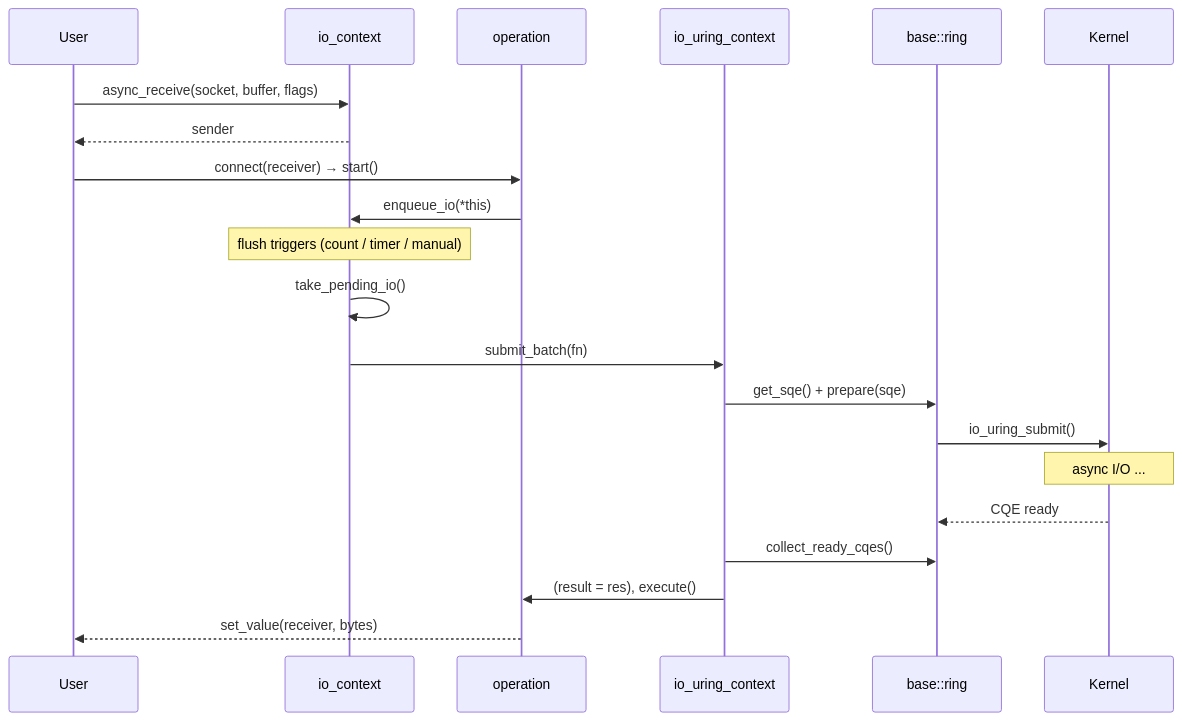
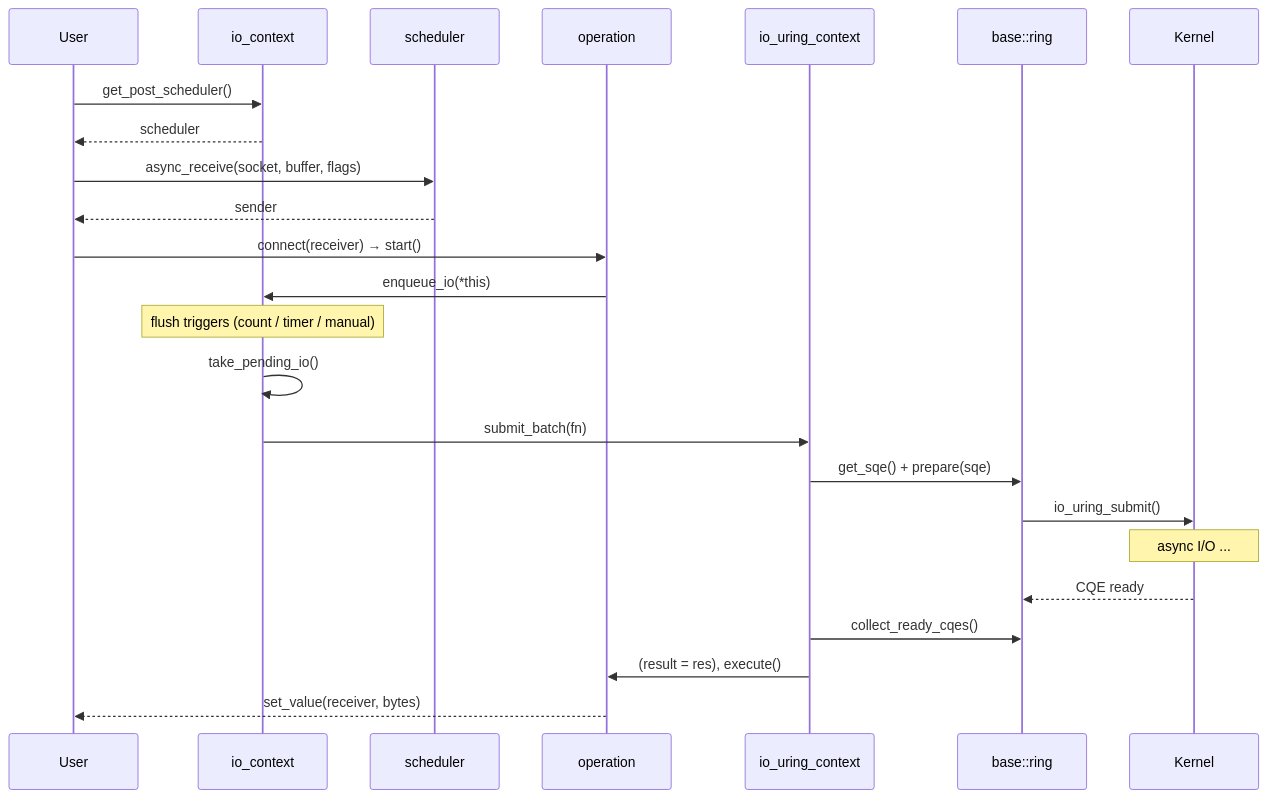
One commit to haomingbai/bnio changed the fourth of 4 diagrams in docs/design/architecture.md. Above: the diagram before and after it, drawn with Mermaid. The commit also changed other lines of this file and 25 other files, not shown here.

````diff
--- a/docs/design/architecture.md
+++ b/docs/design/architecture.md
@@ -325,28 +326,31 @@
 ```mermaid
 sequenceDiagram
     participant User
     participant Ctx as io_context
+    participant S as scheduler
     participant Op as operation
     participant UCtx as io_uring_context
     participant Ring as base::ring
     participant K as Kernel
 
-    User->>Ctx: async_receive(socket, buffer, flags)
-    Ctx-->>User: sender
+    User->>Ctx: get_post_scheduler()
+    Ctx-->>User: scheduler
+    User->>S: async_receive(socket, buffer, flags)
+    S-->>User: sender
 
     User->>Op: connect(receiver) → start()
     Op->>Ctx: enqueue_io(*this)
 
     Note over Ctx: flush triggers (count / timer / manual)
     Ctx->>Ctx: take_pending_io()
     Ctx->>UCtx: submit_batch(fn)
     UCtx->>Ring: get_sqe() + prepare(sqe)
     Ring->>K: io_uring_submit()
 
     Note over K: async I/O ...
 
     K-->>Ring: CQE ready
     UCtx->>Ring: collect_ready_cqes()
     UCtx->>Op: (result = res), execute()
     Op-->>User: set_value(receiver, bytes)
 ```
````
